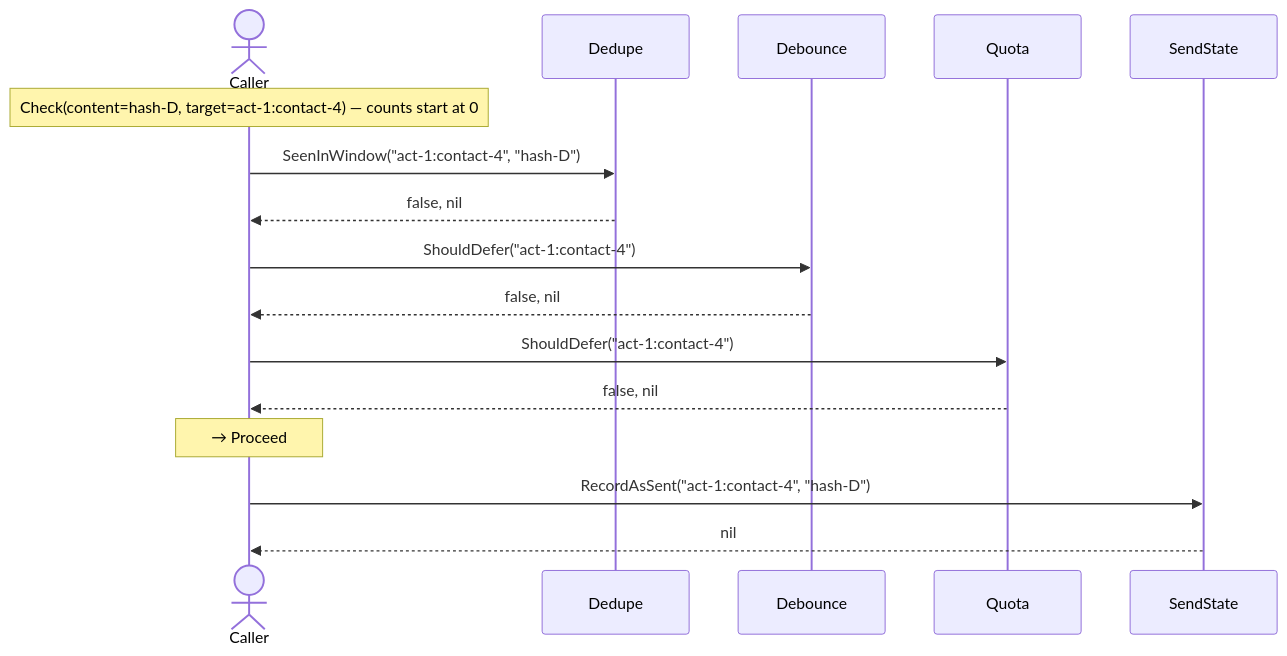
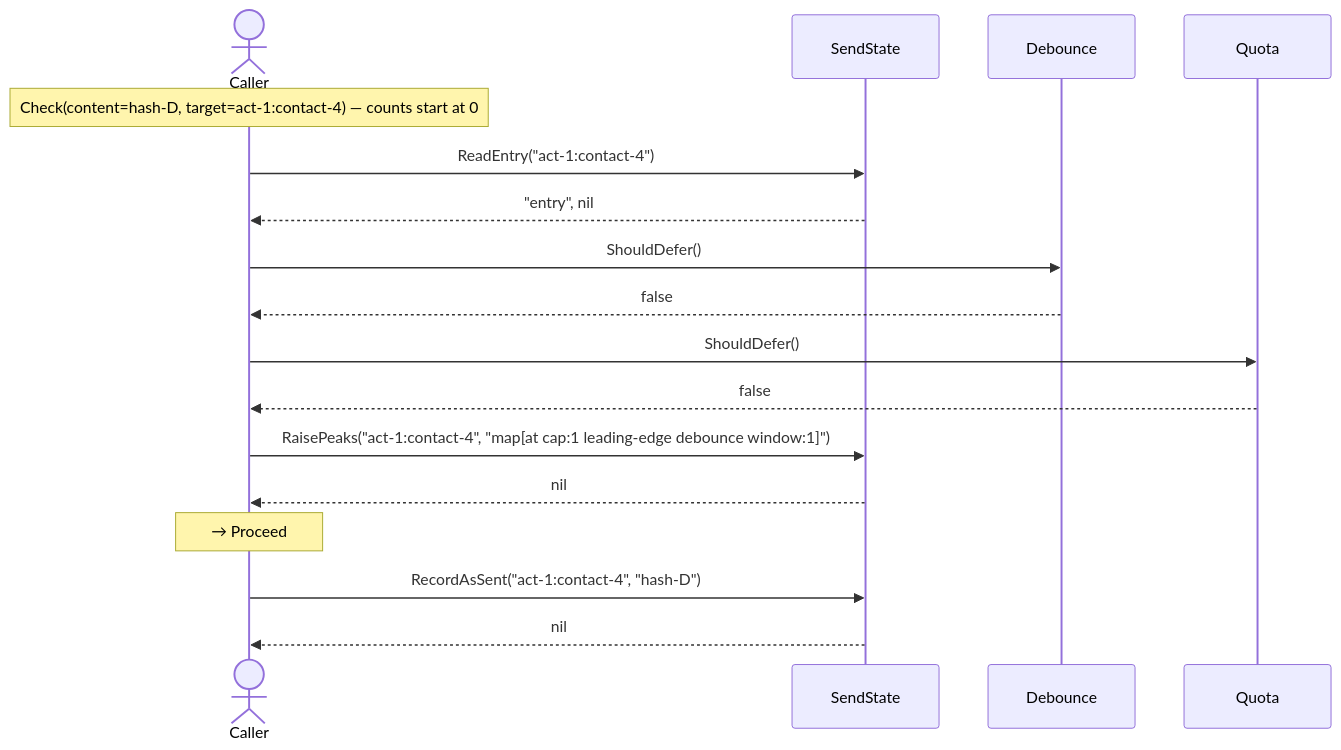
Before and after one commit to homemade/pith: the fifth of 5 diagrams in protect/sequence_test.md, drawn with Mermaid. The commit also changed other lines of this file and 13 other files, not shown here.

````diff
--- a/protect/sequence_test.md
+++ b/protect/sequence_test.md
@@ -84,19 +83,20 @@
 ```mermaid
 sequenceDiagram
     actor C as Caller
-    participant Dedupe
+    participant SendState
     participant Debounce
     participant Quota
-    participant SendState
 
     Note over C: Check(content=hash-D, target=act-1:contact-4) — counts start at 0
-    C->>Dedupe: SeenInWindow("act-1:contact-4", "hash-D")
-    Dedupe-->>C: false, nil
-    C->>Debounce: ShouldDefer("act-1:contact-4")
-    Debounce-->>C: false, nil
-    C->>Quota: ShouldDefer("act-1:contact-4")
-    Quota-->>C: false, nil
+    C->>SendState: ReadEntry("act-1:contact-4")
+    SendState-->>C: "entry", nil
+    C->>Debounce: ShouldDefer()
+    Debounce-->>C: false
+    C->>Quota: ShouldDefer()
+    Quota-->>C: false
+    C->>SendState: RaisePeaks("act-1:contact-4", "map[at cap:1 leading-edge debounce window:1]")
+    SendState-->>C: nil
     Note over C: → Proceed
     C->>SendState: RecordAsSent("act-1:contact-4", "hash-D")
     SendState-->>C: nil
 ```
````
